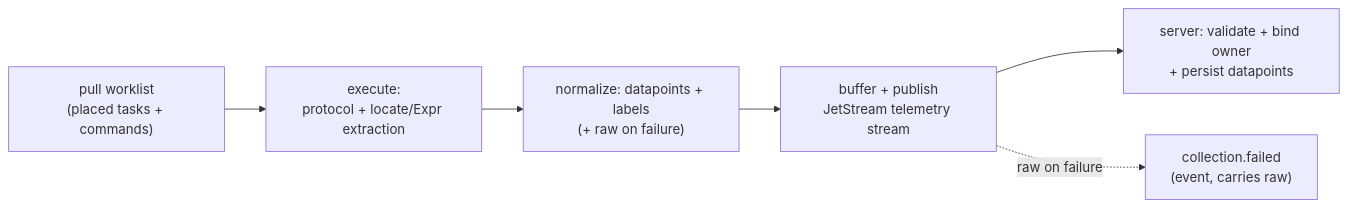
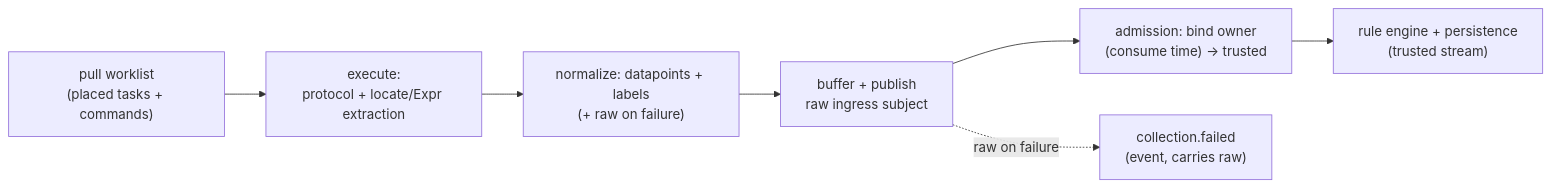
The diagram in docs/src/content/docs/architecture/nodes.md (hyperscaleav/omniglass), drawn with Mermaid before and after one commit. The commit also changed other lines of this file and 6 other files, not shown here.

````diff
--- a/docs/src/content/docs/architecture/nodes.md
+++ b/docs/src/content/docs/architecture/nodes.md
@@ -343,8 +343,9 @@
 ```mermaid
 flowchart LR
   W["pull worklist<br/>(placed tasks + commands)"] --> X["execute:<br/>protocol + locate/Expr extraction"]
   X --> N["normalize: datapoints + labels<br/>(+ raw on failure)"]
-  N --> S["buffer + publish<br/>JetStream telemetry stream"]
-  S --> WK["server: validate + bind owner<br/>+ persist datapoints"]
+  N --> S["buffer + publish<br/>raw ingress subject"]
+  S --> ADM["admission: bind owner<br/>(consume time) → trusted"]
+  ADM --> WK["rule engine + persistence<br/>(trusted stream)"]
   S -.->|"raw on failure"| CF["collection.failed<br/>(event, carries raw)"]
 ```
````
